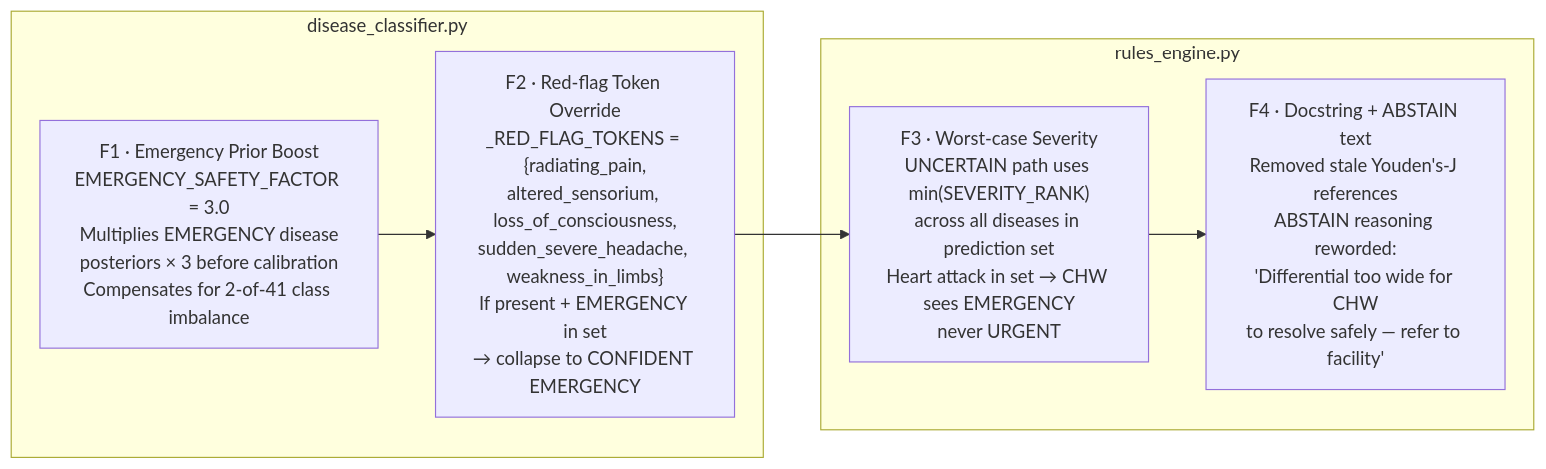
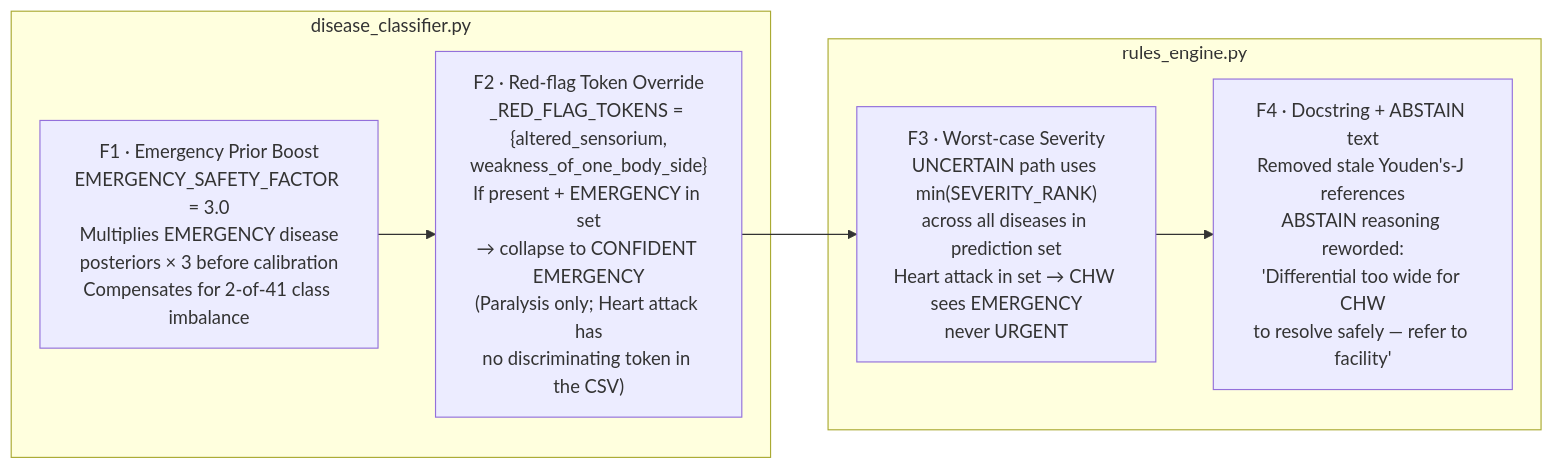
The seventh of 8 diagrams in triage-poc/rule_engine_design_final.md (Rishii-10/GMU), drawn with Mermaid before and after one commit. The commit also changed other lines of this file, not shown here.

````diff
--- a/triage-poc/rule_engine_design_final.md
+++ b/triage-poc/rule_engine_design_final.md
@@ -433,14 +440,14 @@
 ```mermaid
 flowchart LR
     subgraph CLASSIFIER["disease_classifier.py"]
         F1["F1 · Emergency Prior Boost\nEMERGENCY_SAFETY_FACTOR = 3.0\nMultiplies EMERGENCY disease\nposteriors × 3 before calibration\nCompensates for 2-of-41 class imbalance"]
-        F2["F2 · Red-flag Token Override\n_RED_FLAG_TOKENS = {radiating_pain,\naltered_sensorium, loss_of_consciousness,\nsudden_severe_headache, weakness_in_limbs}\nIf present + EMERGENCY in set\n→ collapse to CONFIDENT EMERGENCY"]
+        F2["F2 · Red-flag Token Override\n_RED_FLAG_TOKENS = {altered_sensorium,\nweakness_of_one_body_side}\nIf present + EMERGENCY in set\n→ collapse to CONFIDENT EMERGENCY\n(Paralysis only; Heart attack has\nno discriminating token in the CSV)"]
     end
     subgraph RULEENGINE["rules_engine.py"]
         F3["F3 · Worst-case Severity\nUNCERTAIN path uses min(SEVERITY_RANK)\nacross all diseases in prediction set\nHeart attack in set → CHW sees EMERGENCY\nnever URGENT"]
         F4["F4 · Docstring + ABSTAIN text\nRemoved stale Youden's-J references\nABSTAIN reasoning reworded:\n'Differential too wide for CHW\nto resolve safely — refer to facility'"]
     end
     F1 --> F2
     F2 --> F3
     F3 --> F4
 ```
````
